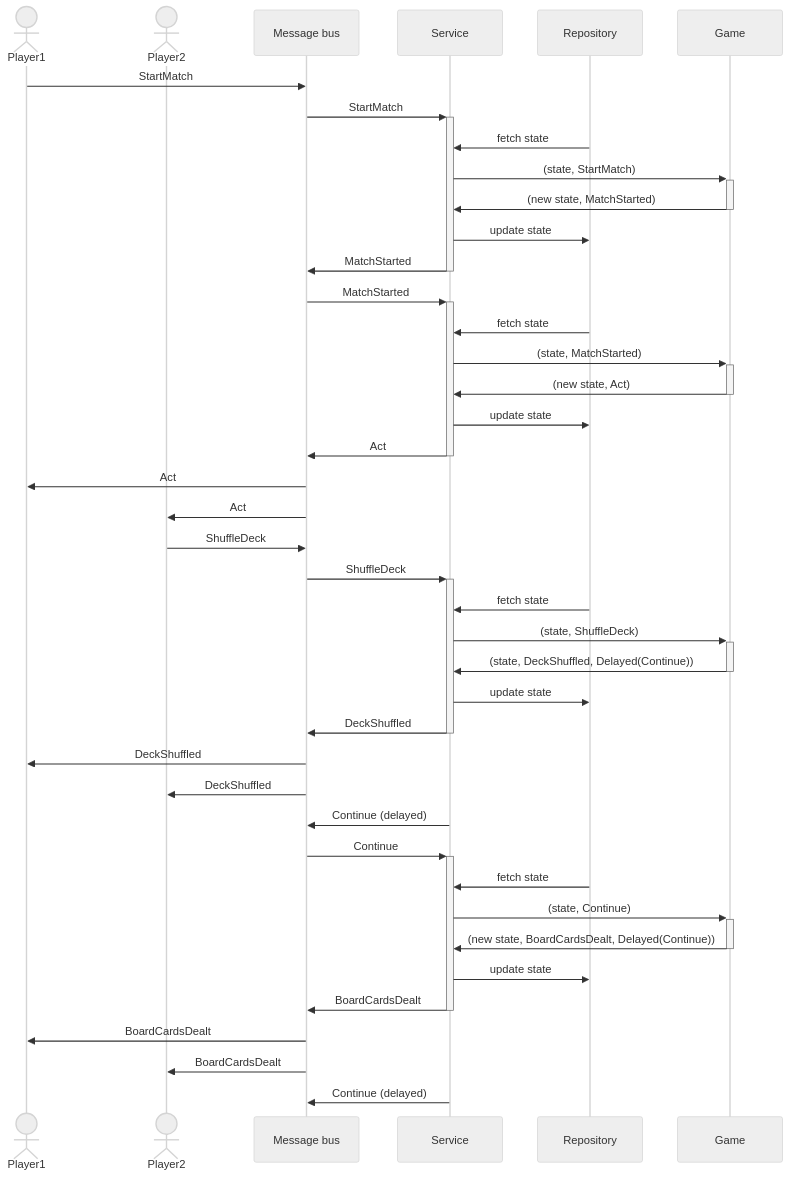
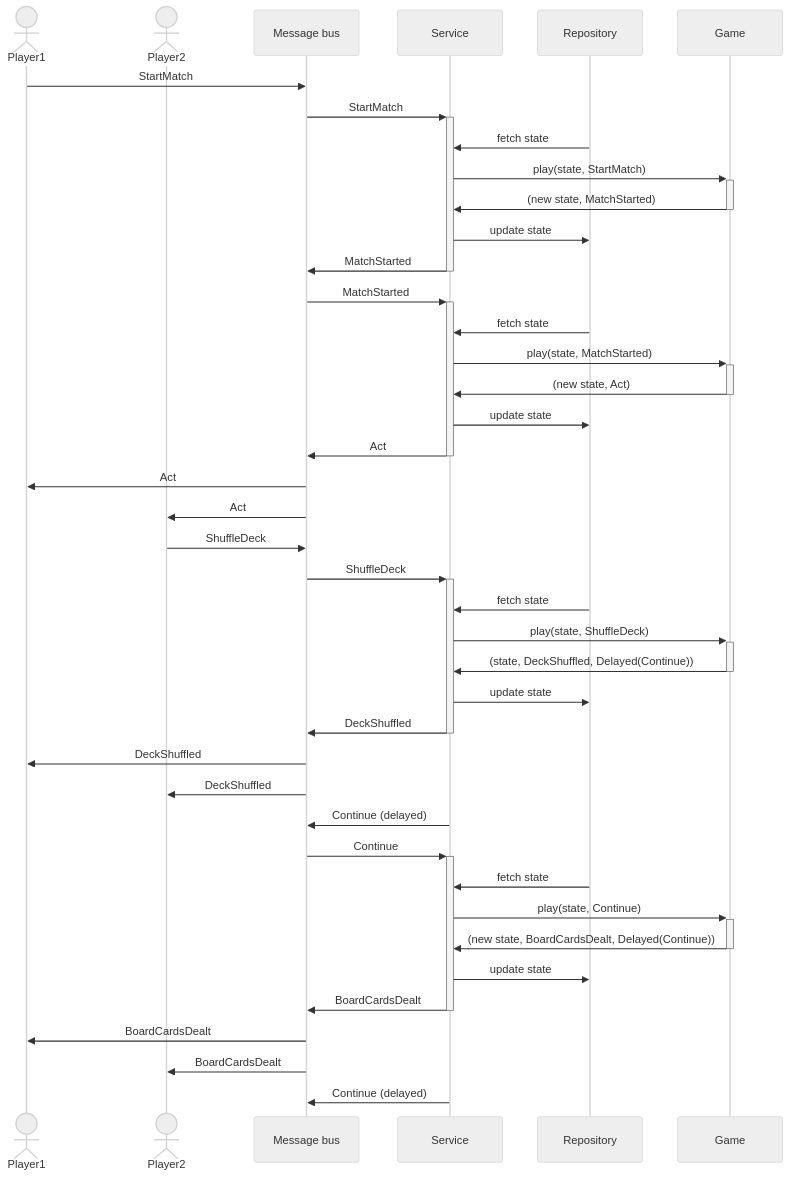
The third of 3 diagrams in README.md (epifab/bastoni), drawn with Mermaid (neutral theme) before and after one commit. The commit also changed other lines of this file, not shown here.

````diff
--- a/README.md
+++ b/README.md
@@ -68,47 +99,49 @@
 ```mermaid
 sequenceDiagram
     actor Player1
     actor Player2
     participant Message bus
     participant Service
     participant Repository
     participant Game
     
     Player1->>Message bus: StartMatch
     Message bus->>+Service: StartMatch
     Repository->>Service: fetch state
-    Service->>+Game: (state, StartMatch)
+    Service->>+Game: play(state, StartMatch)
     Game->>-Service: (new state, MatchStarted)
     Service->>Repository: update state
     Service->>-Message bus: MatchStarted
     
     Message bus->>+Service: MatchStarted
     Repository->>Service: fetch state
-    Service->>+Game: (state, MatchStarted)
+    Service->>+Game: play(state, MatchStarted)
     Game->>-Service: (new state, Act)
     Service->>Repository: update state
     Service->>-Message bus: Act
     Message bus->>Player1: Act
     Message bus->>Player2: Act
 
     Player2->>Message bus: ShuffleDeck
     Message bus->>+Service: ShuffleDeck
     Repository->>Service: fetch state
-    Service->>+Game: (state, ShuffleDeck)
+    Service->>+Game: play(state, ShuffleDeck)
     Game->>-Service: (state, DeckShuffled, Delayed(Continue))
     Service->>Repository: update state
     Service->>-Message bus: DeckShuffled
     Message bus->>Player1: DeckShuffled
     Message bus->>Player2: DeckShuffled
+
     Service->>Message bus: Continue (delayed)
-    
+
     Message bus->>+Service: Continue
     Repository->>Service: fetch state
-    Service->>+Game: (state, Continue)
+    Service->>+Game: play(state, Continue)
     Game->>-Service: (new state, BoardCardsDealt, Delayed(Continue))
     Service->>Repository: update state
     Service->>-Message bus: BoardCardsDealt
     Message bus->>Player1: BoardCardsDealt
     Message bus->>Player2: BoardCardsDealt
+
     Service->>Message bus: Continue (delayed)
 ```
````
